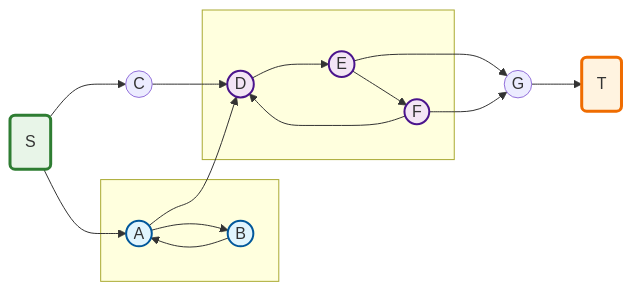
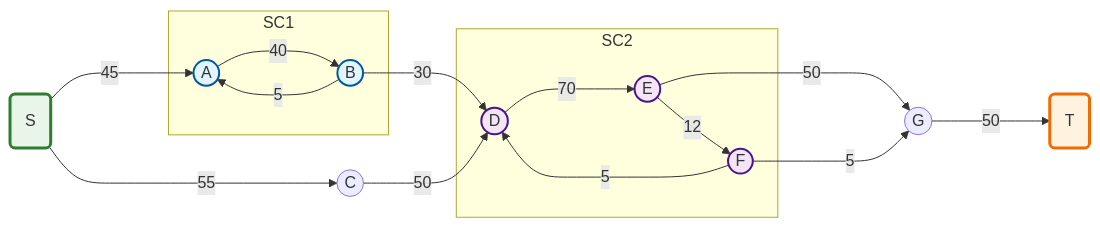
One commit to ctorrescuadra/TaesLab changed the first of 3 diagrams in Docs/KernelGraph.md. Above: the diagram before and after it, drawn with Mermaid. The commit also changed other lines of this file and 26 other files, not shown here.

First line of the commit message:
Docs: remove generated PDFs and add kernel diagrams

````diff
--- a/Docs/KernelGraph.md
+++ b/Docs/KernelGraph.md
@@ -294,48 +294,48 @@
 ```mermaid
 graph LR
   %% Source node
   S(S) 
   
-  subgraph SCC1 [" "]
+  subgraph SCC1 ["SC1"]
     A((A))
     B((B)) 
-    A --> B
-    B --> A
+    A --40--> B
+    B --5---> A
   end
   
-  subgraph SCC2 [" "]
+  subgraph SCC2 ["SC2"]
     D((D))
     E((E))
     F((F))
-    D --> E
-    E --> F
-    F --> D
+    D --70---> E
+    E --12--> F
+    F --5--> D
   end
   
   %% Intermediate nodes
   C((C))
   G((G))
   
   %% Sink node
   T(T)
   
   %% Connections between SCCs and other nodes
-  S --> A
-  S --> C
-  A --> D
-  C --> D
-  E --> G
-  F --> G
-  G --> T
+  S --45---> A
+  S --55--> C
+  B --30--> D
+  C --50--> D
+  E --50--> G
+  F --5---> G
+  G --50---> T
   
   %% Styling for SCCs
   classDef scc1 fill:#e1f5fe,stroke:#01579b,stroke-width:2px
   classDef scc2 fill:#f3e5f5,stroke:#4a148c,stroke-width:2px
   classDef source fill:#e8f5e8,stroke:#2e7d32,stroke-width:3px
   classDef sink fill:#fff3e0,stroke:#ef6c00,stroke-width:3px
   
   class A,B scc1
   class D,E,F scc2
   class S source
   class T sink
 ```
````
